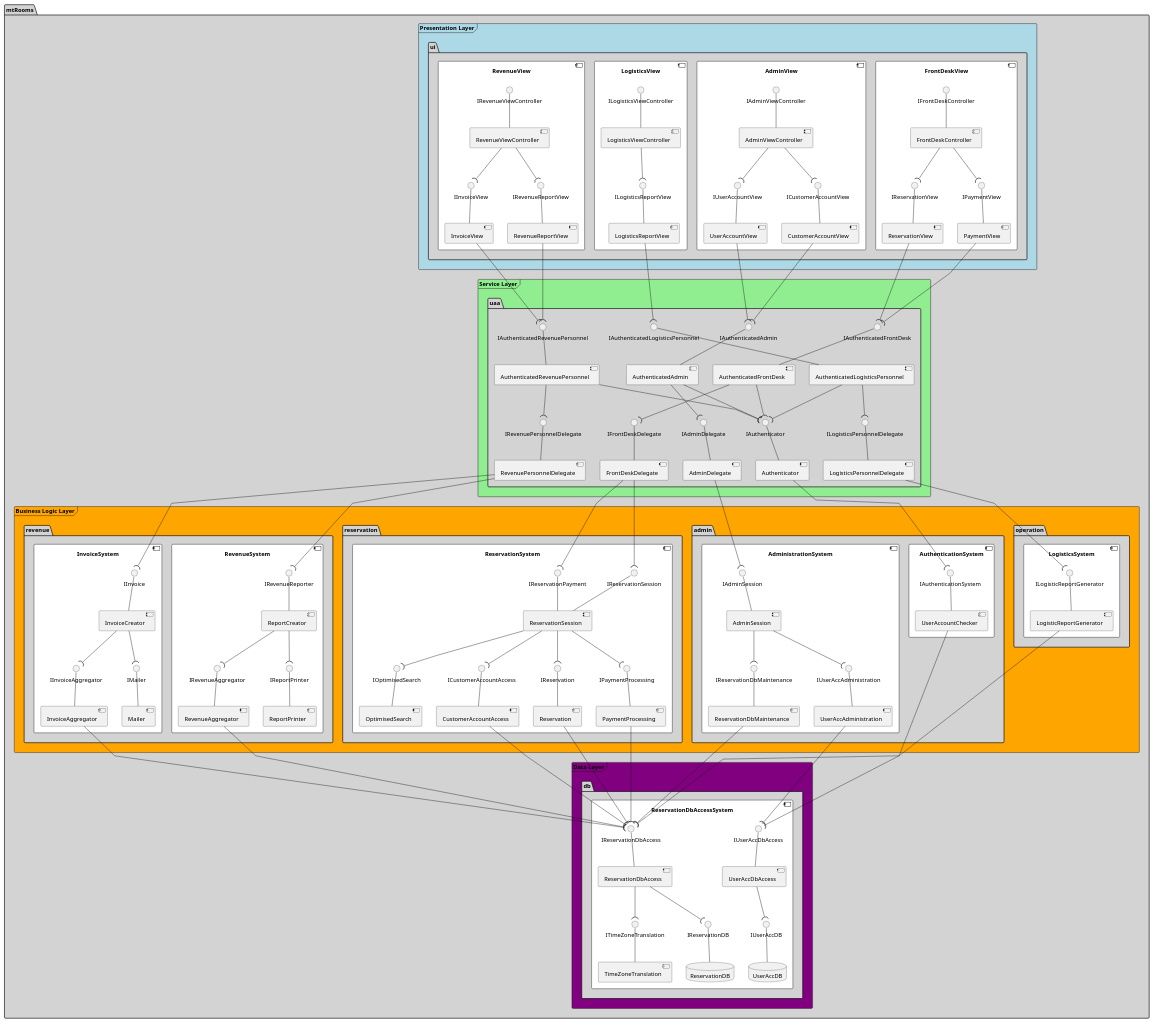
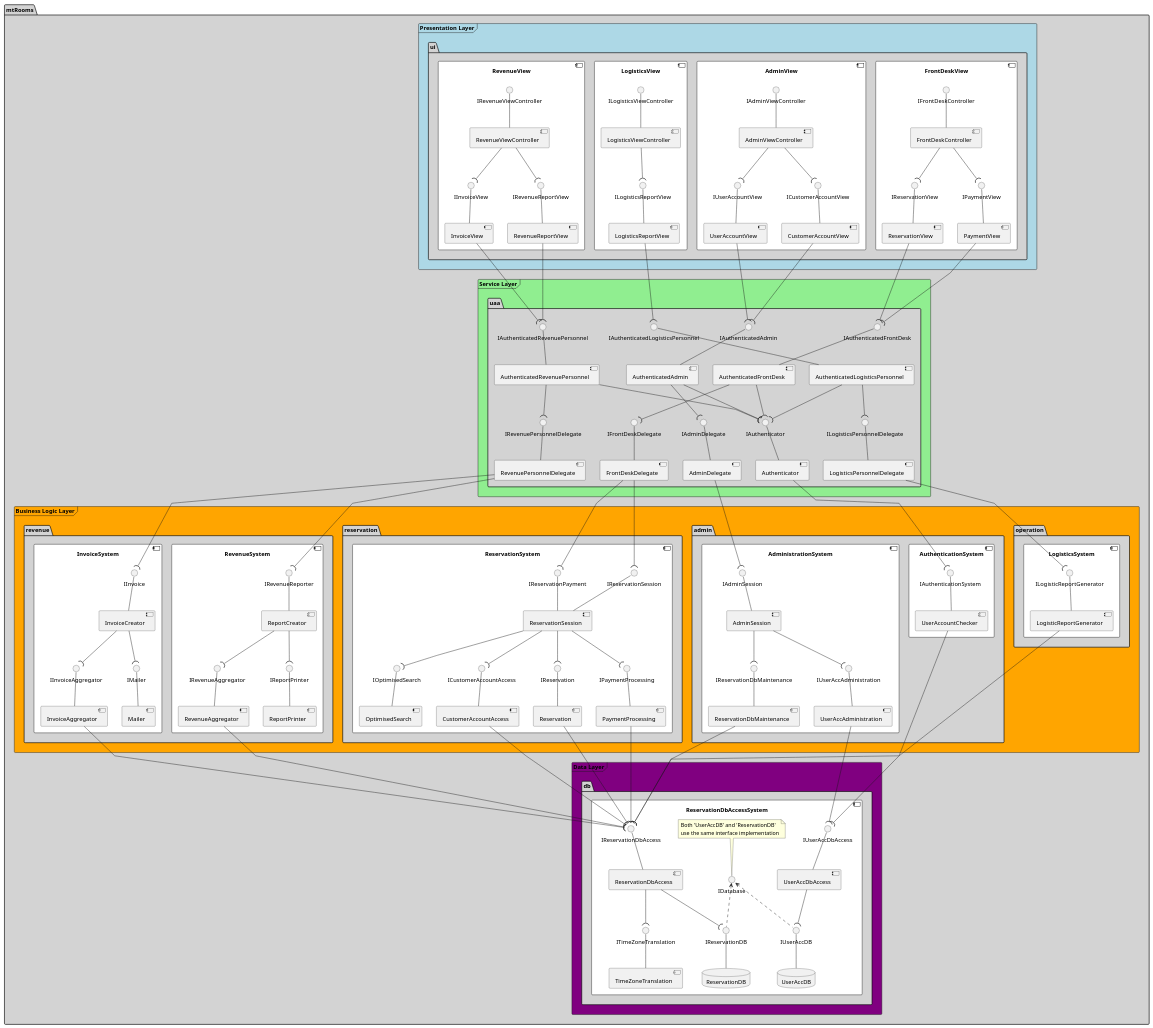
One commit to BBKbeam/mtRooms changed the diagram in docs/uml/architecture.puml. Above: the diagram before and after it, drawn with PlantUML.

Commit message:
[UML] Added clarification on the shared interface in the data layer of the architecture diag.

```diff
--- a/docs/uml/architecture.puml
+++ b/docs/uml/architecture.puml
@@ -1,196 +1,200 @@
 @startuml
 
 'skinparam linetype ortho
 skinparam linetype polyline
 
 skinparam package {
     backgroundColor lightgrey
 }
 
 package mtRooms {
     frame "Presentation Layer" #lightblue {
         package "ui" {
             component FrontDeskView #white {
                 IFrontDeskController -- [FrontDeskController]
                 IReservationView -- [ReservationView]
                 IPaymentView -- [PaymentView]
 
                 FrontDeskController --( IReservationView
                 FrontDeskController --( IPaymentView
             }
 
             component AdminView #white {
                 IAdminViewController -- [AdminViewController]
                 IUserAccountView -- [UserAccountView]
                 ICustomerAccountView -- [CustomerAccountView]
 
                 AdminViewController --( IUserAccountView
                 AdminViewController --( ICustomerAccountView
             }
 
             component LogisticsView #white {
                 ILogisticsViewController -- [LogisticsViewController]
                 ILogisticsReportView -- [LogisticsReportView]
 
                 LogisticsViewController --( ILogisticsReportView
             }
 
             component RevenueView #white {
                 IRevenueViewController -- [RevenueViewController]
                 IInvoiceView -- [InvoiceView]
                 IRevenueReportView -- [RevenueReportView]
 
                 RevenueViewController --( IInvoiceView
                 RevenueViewController --( IRevenueReportView
             }
         }
     }
 
     frame "Service Layer" #lightgreen {
         package "uaa" {
             IAuthenticator -- [Authenticator]
             IFrontDeskDelegate -- [FrontDeskDelegate]
             IAuthenticatedFrontDesk -- [AuthenticatedFrontDesk]
             IAdminDelegate -- [AdminDelegate]
             IAuthenticatedAdmin -- [AuthenticatedAdmin]
             IRevenuePersonnelDelegate -- [RevenuePersonnelDelegate]
             IAuthenticatedRevenuePersonnel -- [AuthenticatedRevenuePersonnel]
             ILogisticsPersonnelDelegate -- [LogisticsPersonnelDelegate]
             IAuthenticatedLogisticsPersonnel -- [AuthenticatedLogisticsPersonnel]
 
             AuthenticatedFrontDesk --( IAuthenticator
             AuthenticatedFrontDesk --( IFrontDeskDelegate
             AuthenticatedAdmin --( IAuthenticator
             AuthenticatedAdmin --( IAdminDelegate
             AuthenticatedLogisticsPersonnel --( IAuthenticator
             AuthenticatedLogisticsPersonnel --( ILogisticsPersonnelDelegate
             AuthenticatedRevenuePersonnel --( IAuthenticator
             AuthenticatedRevenuePersonnel --( IRevenuePersonnelDelegate
         }
     }
 
     frame "Business Logic Layer" #orange {
         package "reservation" {
             component ReservationSystem #white {
                 IReservationSession -- [ReservationSession]
                 IReservationPayment -- [ReservationSession]
                 IOptimisedSearch -- [OptimisedSearch]
                 IReservation -- [Reservation]
                 IPaymentProcessing -- [PaymentProcessing]
                 ICustomerAccountAccess -- [CustomerAccountAccess]
 
                 ReservationSession --( IOptimisedSearch
                 ReservationSession --( IPaymentProcessing
                 ReservationSession --( IReservation
                 ReservationSession --( ICustomerAccountAccess
             }
         }
 
         package "revenue" {
             component RevenueSystem #white {
                 IRevenueReporter -- [ReportCreator]
                 IRevenueAggregator -- [RevenueAggregator]
                 IReportPrinter -- [ReportPrinter]
 
                 ReportCreator --( IRevenueAggregator
                 ReportCreator --( IReportPrinter
             }
 
             component InvoiceSystem #white {
                 IInvoiceAggregator -- [InvoiceAggregator]
                 IMailer -- [Mailer]
                 IInvoice -- [InvoiceCreator]
 
                 InvoiceCreator --( IInvoiceAggregator
                 InvoiceCreator --( IMailer
             }
         }
 
         package "operation" {
             component LogisticsSystem #white {
                 ILogisticReportGenerator -- [LogisticReportGenerator]
             }
         }
 
         package "admin" {
             component AdministrationSystem #white {
                 IAdminSession -- [AdminSession]
                 IUserAccAdministration -- [UserAccAdministration]
                 IReservationDbMaintenance -- [ReservationDbMaintenance]
 
                 AdminSession --( IUserAccAdministration
                 AdminSession --( IReservationDbMaintenance
             }
 
             component AuthenticationSystem #white {
                 IAuthenticationSystem -- [UserAccountChecker]
             }
         }
     }
 
     frame "Data Layer" #purple {
         package "db" {
             component ReservationDbAccessSystem #white {
                 database ReservationDB
                 database UserAccDB
 
                 IUserAccDB -- UserAccDB
                 IReservationDB -- [ReservationDB]
                 ITimeZoneTranslation -- [TimeZoneTranslation]
                 IReservationDbAccess -- [ReservationDbAccess]
                 IUserAccDbAccess -- [UserAccDbAccess]
 
+                IDatabase <.. IReservationDB
+                IDatabase <.. IUserAccDB
+                note "Both 'UserAccDB' and 'ReservationDB' \nuse the same interface implementation" as N1
+                N1 .. IDatabase
                 ReservationDbAccess --( ITimeZoneTranslation
                 ReservationDbAccess --( IReservationDB
                 UserAccDbAccess --( IUserAccDB
             }
         }
     }
 
     '##-------------------------------##
     '## Presentation to Service Layer ##
     '##-------------------------------##
     ReservationView --( IAuthenticatedFrontDesk
     PaymentView --( IAuthenticatedFrontDesk
 
     UserAccountView --( IAuthenticatedAdmin
     CustomerAccountView --( IAuthenticatedAdmin
 
     LogisticsReportView --( IAuthenticatedLogisticsPersonnel
 
     InvoiceView --( IAuthenticatedRevenuePersonnel
     RevenueReportView --( IAuthenticatedRevenuePersonnel
 
     '##---------------------------------##
     '## Service to Business Logic Layer ##
     '##---------------------------------##
     AdminDelegate --( IAdminSession
 
     Authenticator --( IAuthenticationSystem
 
     FrontDeskDelegate --( IReservationSession
     FrontDeskDelegate --( IReservationPayment
 
     RevenuePersonnelDelegate --( IRevenueReporter
     RevenuePersonnelDelegate --( IInvoice
 
     LogisticsPersonnelDelegate --( ILogisticReportGenerator
 
     '##------------------------------##
     '## Business Logic to Data Layer ##
     '##------------------------------##
     UserAccountChecker --( IUserAccDbAccess
 
     UserAccAdministration --( IUserAccDbAccess
     ReservationDbMaintenance --( IReservationDbAccess
 
     CustomerAccountAccess --( IReservationDbAccess
     Reservation --( IReservationDbAccess
 
     PaymentProcessing --( IReservationDbAccess
     LogisticReportGenerator --( IReservationDbAccess
     InvoiceAggregator --( IReservationDbAccess
     RevenueAggregator --( IReservationDbAccess
 }
 
 @enduml
```
